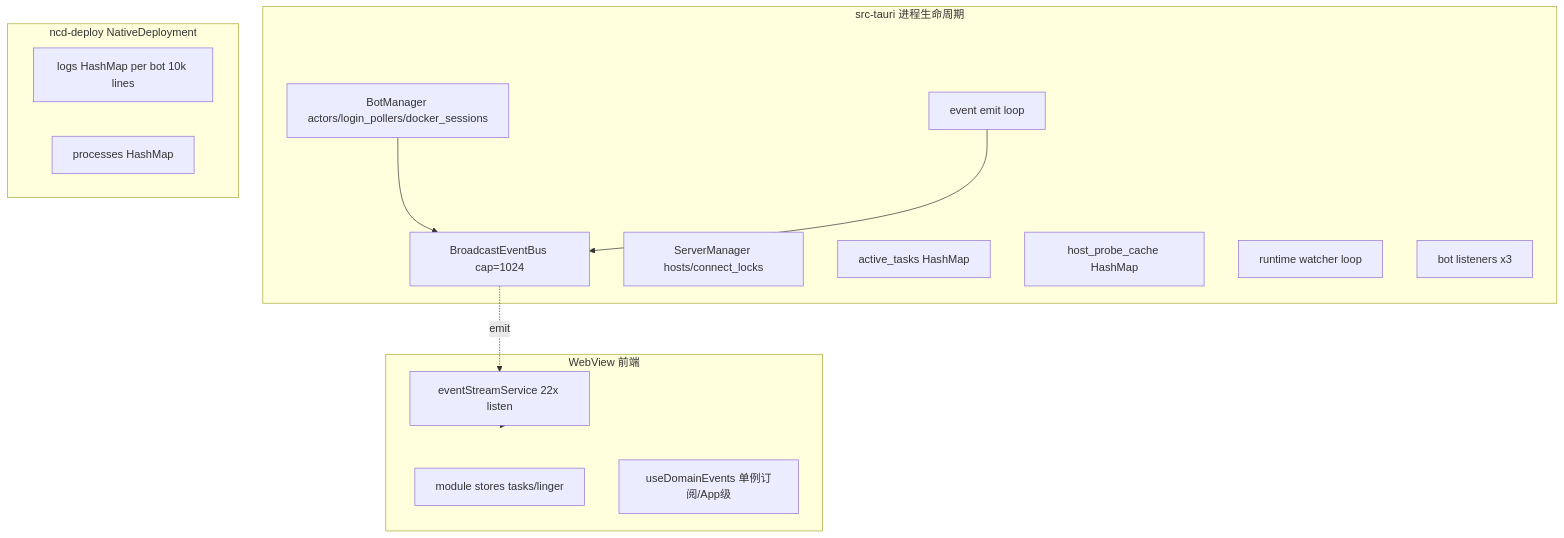
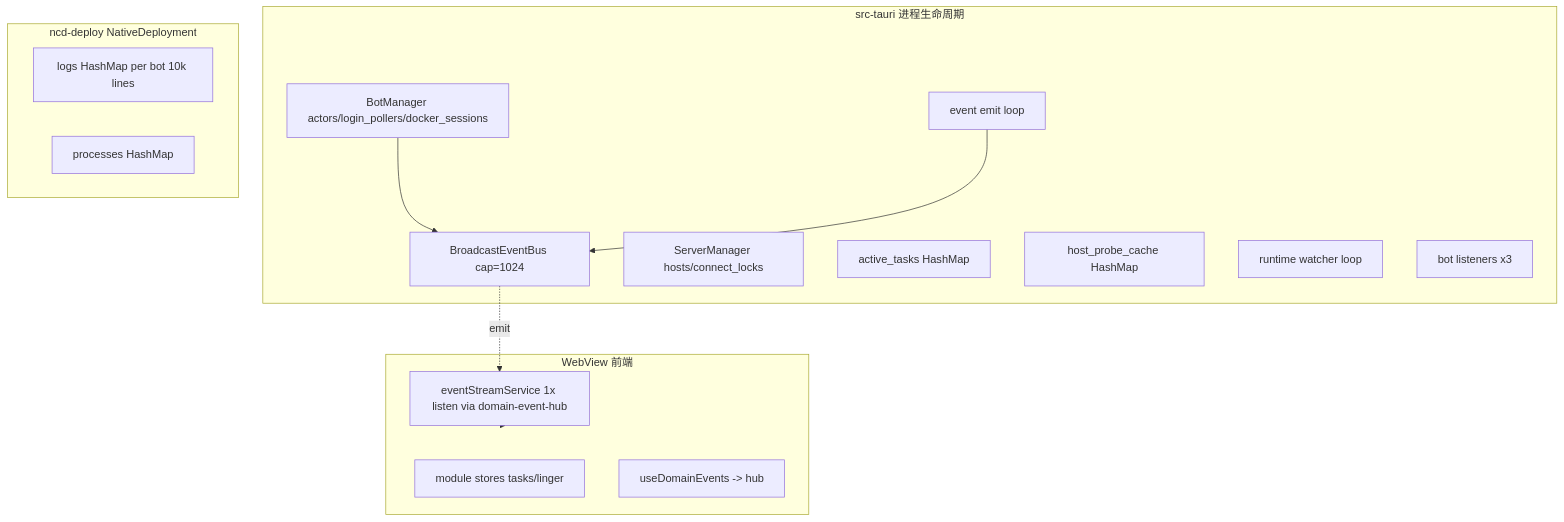
The diagram in docs/context/memory-leak-risk-scan.md (NapNeko/NapCatQQ-Desktop), drawn with Mermaid before and after one commit. The commit also changed other lines of this file and 3 other files, not shown here.

````diff
--- a/docs/context/memory-leak-risk-scan.md
+++ b/docs/context/memory-leak-risk-scan.md
@@ -25,26 +25,26 @@
 ```mermaid
 flowchart TB
   subgraph tauri [src-tauri 进程生命周期]
     EB[BroadcastEventBus cap=1024]
     SM[ServerManager hosts/connect_locks]
     BM[BotManager actors/login_pollers/docker_sessions]
     AT[active_tasks HashMap]
     HPC[host_probe_cache HashMap]
     SP1[event emit loop]
     SP2[runtime watcher loop]
     SP3[bot listeners x3]
   end
   subgraph deploy [ncd-deploy NativeDeployment]
     LOGS[logs HashMap per bot 10k lines]
     PROC[processes HashMap]
   end
   subgraph fe [WebView 前端]
-    ESS[eventStreamService 22x listen]
+    ESS[eventStreamService 1x listen via domain-event-hub]
     STORES[module stores tasks/linger]
-    HOOKS[useDomainEvents 单例订阅/App级]
+    HOOKS[useDomainEvents -> hub]
   end
   BM --> EB
   SP1 --> EB
   ESS --> fe
   EB -.emit.-> ESS
 ```
````
